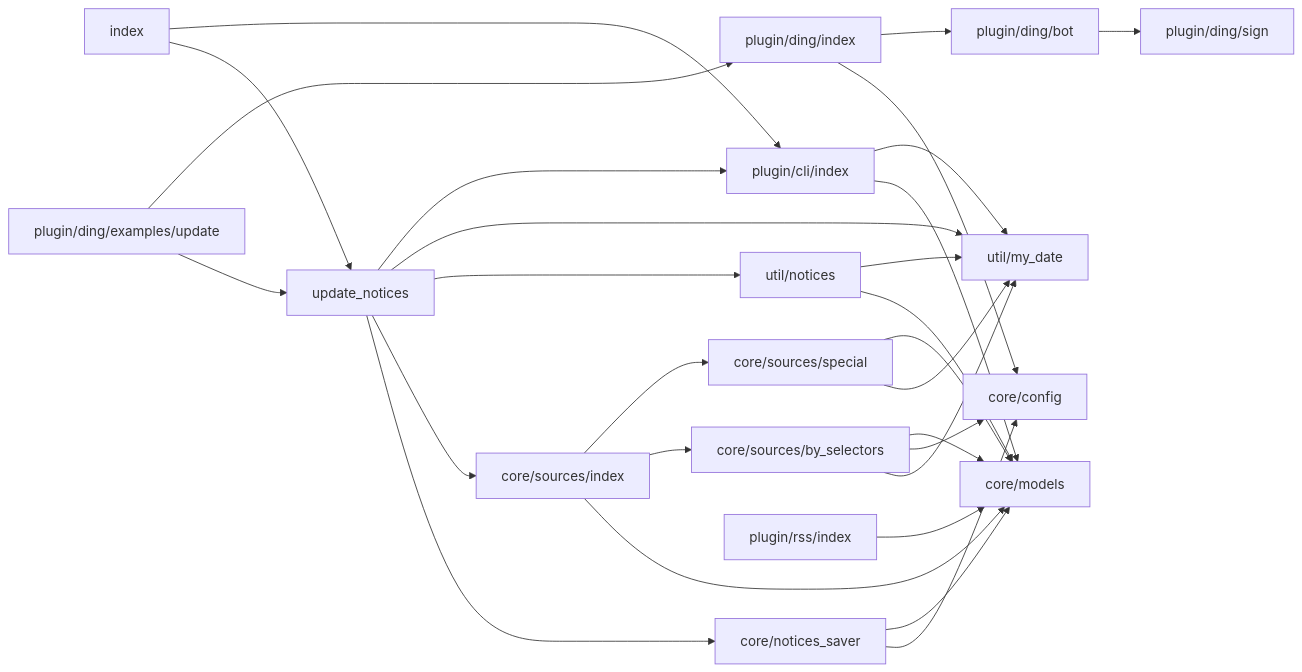
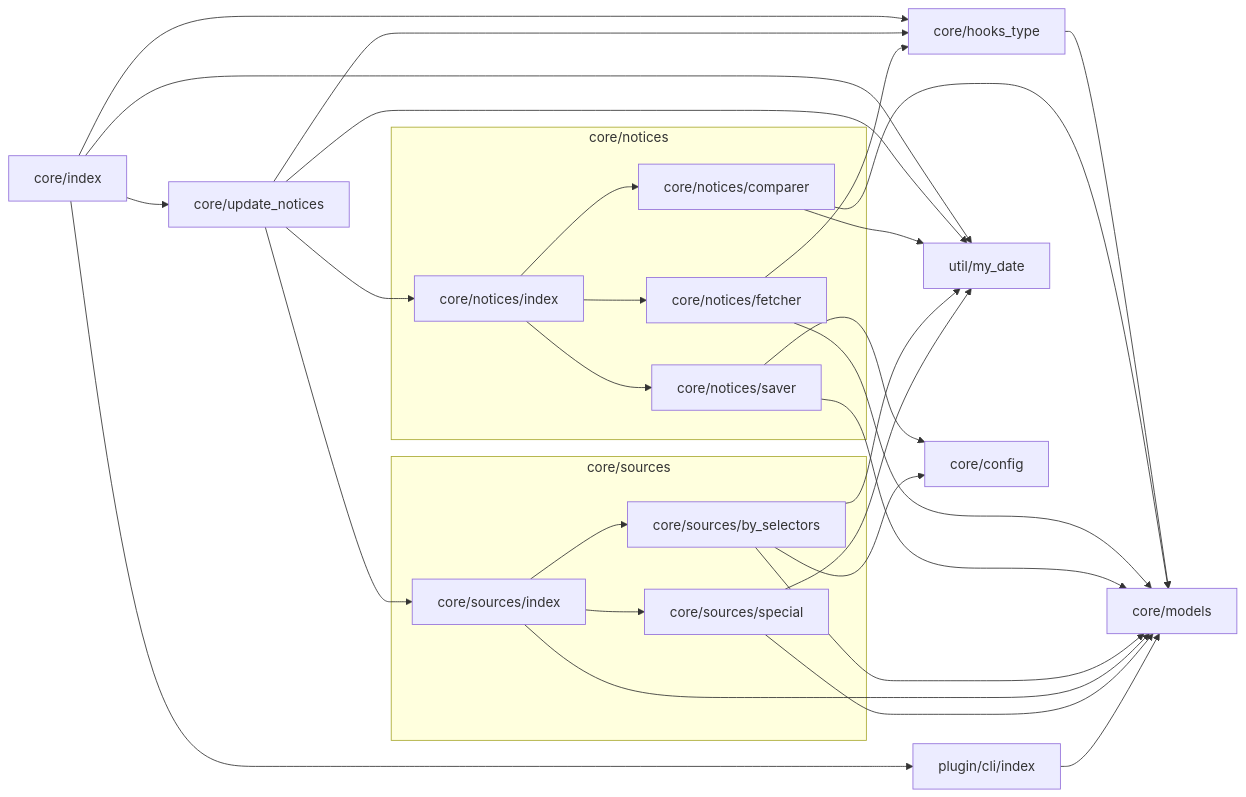
One commit to YDX-2147483647/bulletin-issues-transferred changed the first of 2 diagrams in documentation.md. Above: the diagram before and after it, drawn with Mermaid. The commit also changed other lines of this file and 1 other file, not shown here.

Commit message:
doc: 文件结构设计，`import_graph.py`

````diff
--- a/documentation.md
+++ b/documentation.md
@@ -30,48 +28,44 @@
 ```mermaid
 flowchart LR
-    index --> update_notices
-    index --> plugin/cli/index
-    update_notices --> core/notices_saver
-    update_notices --> core/sources/index
-    update_notices --> util/notices
-    update_notices --> util/my_date
-    update_notices --> plugin/cli/index
-    core/notices_saver --> core/config
-    core/notices_saver --> core/models
-    %% core/notices_saver -.-> fs/promises
-    %% core/notices_saver -.-> chalk
-    %% core/config -.-> fs/promises
-    %% core/config -.-> yaml
-    core/sources/index --> core/models
-    core/sources/index --> core/sources/by_selectors
-    core/sources/index --> core/sources/special
-    %% core/sources/by_selectors -.-> fs/promises
-    %% core/sources/by_selectors -.-> node-fetch
-    %% core/sources/by_selectors -.-> jsdom
-    core/sources/by_selectors --> util/my_date
-    core/sources/by_selectors --> core/config
-    core/sources/by_selectors --> core/models
-    %% core/sources/special -.-> node-fetch
-    core/sources/special --> util/my_date
-    core/sources/special --> core/models
-    util/notices --> core/models
-    util/notices --> util/my_date
-    %% plugin/cli/index -.-> chalk
-    %% plugin/cli/index -.-> cli-progress
-    %% plugin/cli/index -.-> node-fetch
-    plugin/cli/index --> core/models
-    plugin/cli/index --> util/my_date
-    %% plugin/ding/index -.-> fs/promises
-    %% plugin/ding/index -.-> yaml
-    plugin/ding/index --> core/config
-    plugin/ding/index --> plugin/ding/bot
-    %% plugin/ding/bot -.-> node_fetch
-    plugin/ding/bot --> plugin/ding/sign
-    plugin/ding/examples/update --> update_notices
-    plugin/ding/examples/update --> plugin/ding/index
-    %% plugin/rss/index -.-> xml
-    %% plugin/rss/index -.-> chalk
-    %% plugin/rss/index -.-> fs/promises
-    plugin/rss/index --> core/models
+  core/hooks_type --> core/models
+  core/index --> plugin/cli/index
+  core/index --> util/my_date
+  core/index --> core/hooks_type
+  core/index --> core/update_notices
+  core/update_notices --> util/my_date
+  core/update_notices --> core/hooks_type
+  core/update_notices --> core/notices/index
+  core/update_notices --> core/sources/index
+  core/notices/comparer --> util/my_date
+  core/notices/comparer --> core/models
+  core/notices/fetcher --> core/hooks_type
+  core/notices/fetcher --> core/models
+  core/notices/index --> core/notices/comparer
+  core/notices/index --> core/notices/fetcher
+  core/notices/index --> core/notices/saver
+  core/notices/saver --> core/config
+  core/notices/saver --> core/models
+  core/sources/by_selectors --> util/my_date
+  core/sources/by_selectors --> core/config
+  core/sources/by_selectors --> core/models
+  core/sources/index --> core/models
+  core/sources/index --> core/sources/by_selectors
+  core/sources/index --> core/sources/special
+  core/sources/special --> util/my_date
+  core/sources/special --> core/models
+  plugin/cli/index --> core/models
+
+  subgraph core/sources
+    core/sources/by_selectors
+    core/sources/index
+    core/sources/special
+  end
+
+  subgraph core/notices
+    core/notices/index
+    core/notices/saver
+    core/notices/fetcher
+    core/notices/comparer
+  end
 
 ```
````
